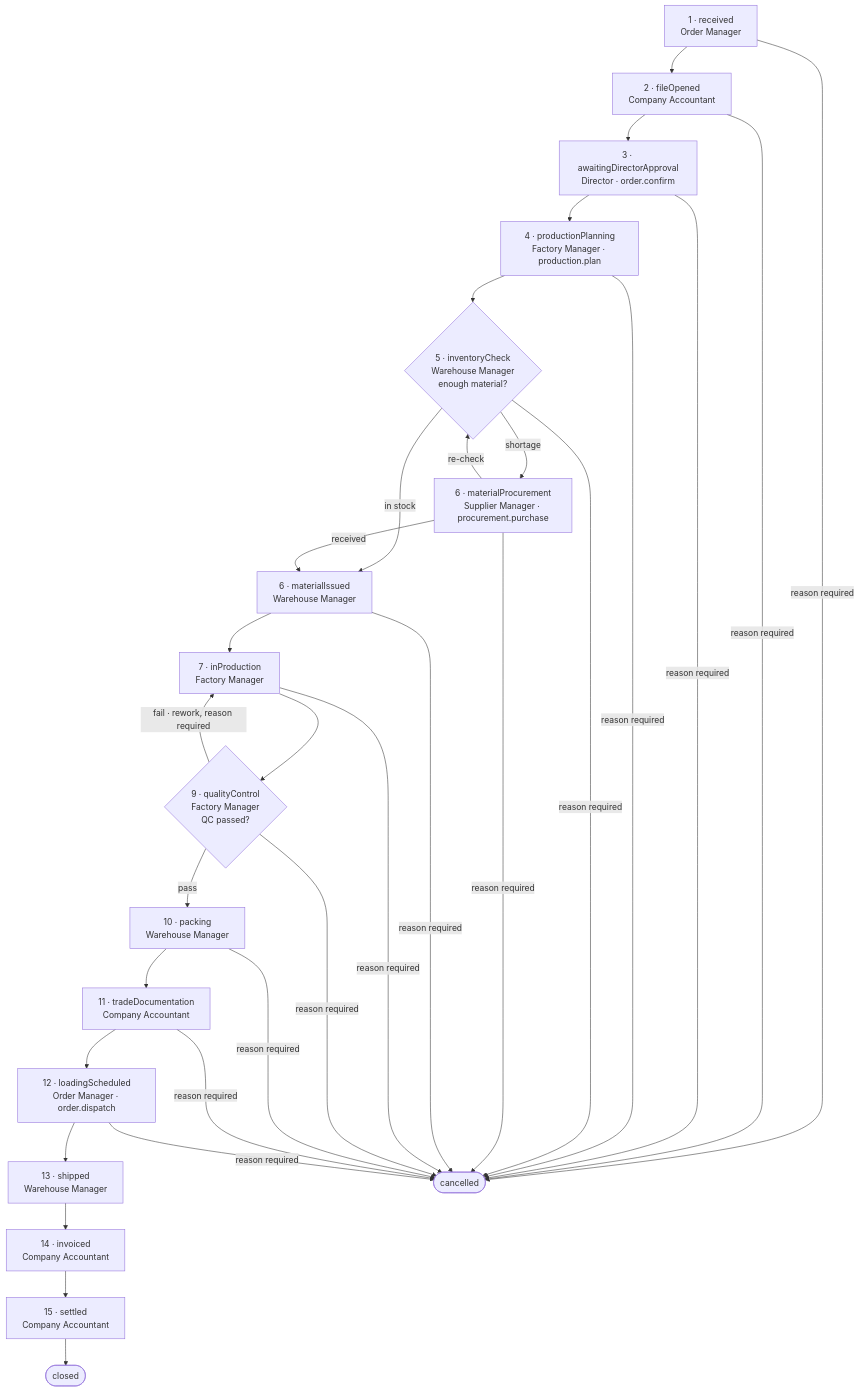
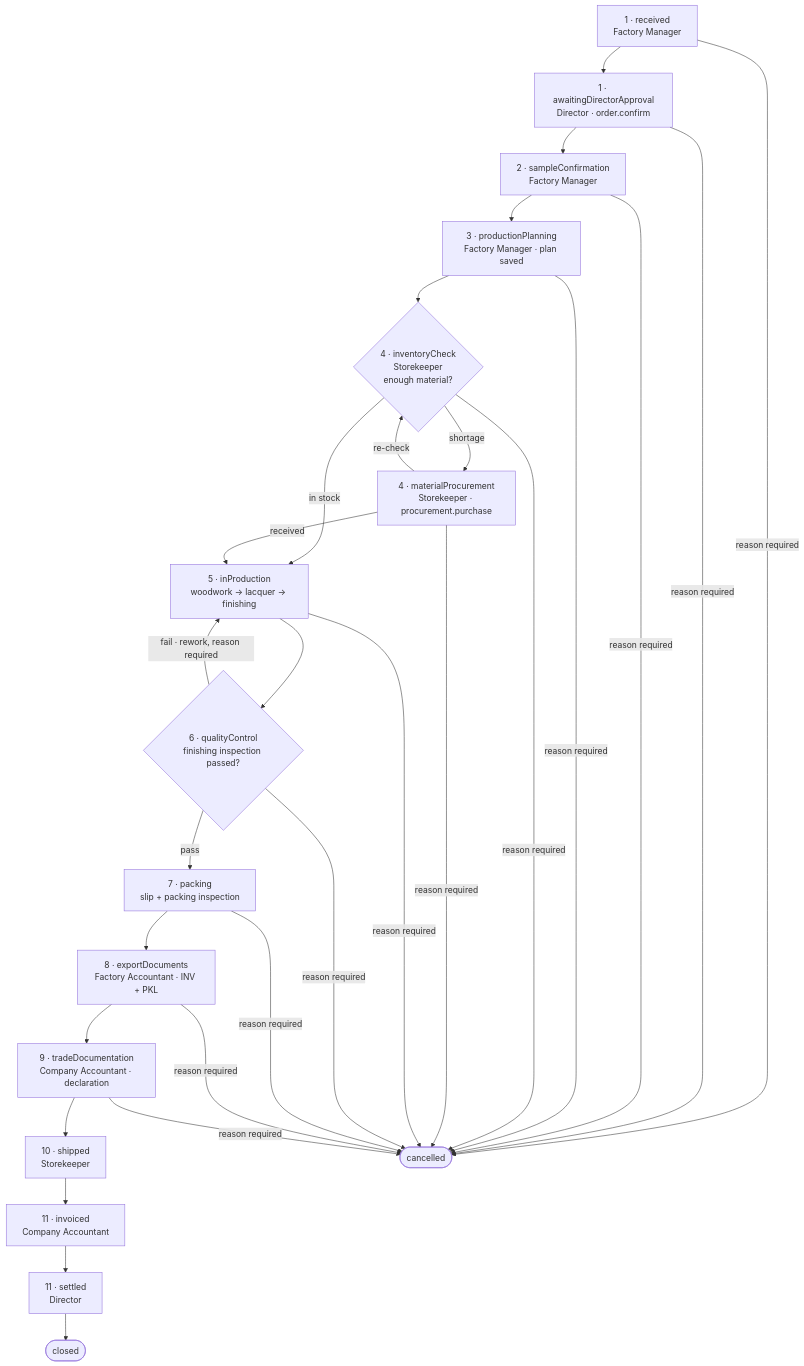
The diagram in docs/ORDER_WORKFLOW.md (reddoorvietnam-droid/reddoor-lacquerwares), drawn with Mermaid before and after one commit. The commit also changed other lines of this file and 101 other files, not shown here.

````diff
--- a/docs/ORDER_WORKFLOW.md
+++ b/docs/ORDER_WORKFLOW.md
@@ -31,52 +29,49 @@
 ```mermaid
 flowchart TD
-  received["1 · received<br/>Order Manager"]
-  fileOpened["2 · fileOpened<br/>Company Accountant"]
-  awaitingDirectorApproval["3 · awaitingDirectorApproval<br/>Director · order.confirm"]
-  productionPlanning["4 · productionPlanning<br/>Factory Manager · production.plan"]
-  inventoryCheck{"5 · inventoryCheck<br/>Warehouse Manager<br/>enough material?"}
-  materialProcurement["6 · materialProcurement<br/>Supplier Manager · procurement.purchase"]
-  materialIssued["6 · materialIssued<br/>Warehouse Manager"]
-  inProduction["7 · inProduction<br/>Factory Manager"]
-  qualityControl{"9 · qualityControl<br/>Factory Manager<br/>QC passed?"}
-  packing["10 · packing<br/>Warehouse Manager"]
-  tradeDocumentation["11 · tradeDocumentation<br/>Company Accountant"]
-  loadingScheduled["12 · loadingScheduled<br/>Order Manager · order.dispatch"]
-  shipped["13 · shipped<br/>Warehouse Manager"]
-  invoiced["14 · invoiced<br/>Company Accountant"]
-  settled["15 · settled<br/>Company Accountant"]
+  received["1 · received<br/>Factory Manager"]
+  awaitingDirectorApproval["1 · awaitingDirectorApproval<br/>Director · order.confirm"]
+  sampleConfirmation["2 · sampleConfirmation<br/>Factory Manager"]
+  productionPlanning["3 · productionPlanning<br/>Factory Manager · plan saved"]
+  inventoryCheck{"4 · inventoryCheck<br/>Storekeeper<br/>enough material?"}
+  materialProcurement["4 · materialProcurement<br/>Storekeeper · procurement.purchase"]
+  inProduction["5 · inProduction<br/>woodwork → lacquer → finishing"]
+  qualityControl{"6 · qualityControl<br/>finishing inspection passed?"}
+  packing["7 · packing<br/>slip + packing inspection"]
+  exportDocuments["8 · exportDocuments<br/>Factory Accountant · INV + PKL"]
+  tradeDocumentation["9 · tradeDocumentation<br/>Company Accountant · declaration"]
+  shipped["10 · shipped<br/>Storekeeper"]
+  invoiced["11 · invoiced<br/>Company Accountant"]
+  settled["11 · settled<br/>Director"]
   closed(["closed"])
   cancelled(["cancelled"])
 
-  received --> fileOpened
-  fileOpened --> awaitingDirectorApproval
-  awaitingDirectorApproval --> productionPlanning
+  received --> awaitingDirectorApproval
+  awaitingDirectorApproval --> sampleConfirmation
+  sampleConfirmation --> productionPlanning
   productionPlanning --> inventoryCheck
   inventoryCheck -- "shortage" --> materialProcurement
-  inventoryCheck -- "in stock" --> materialIssued
+  inventoryCheck -- "in stock" --> inProduction
   materialProcurement -- "re-check" --> inventoryCheck
-  materialProcurement -- "received" --> materialIssued
-  materialIssued --> inProduction
+  materialProcurement -- "received" --> inProduction
   inProduction --> qualityControl
   qualityControl -- "pass" --> packing
   qualityControl -- "fail · rework, reason required" --> inProduction
-  packing --> tradeDocumentation
-  tradeDocumentation --> loadingScheduled
-  loadingScheduled --> shipped
+  packing --> exportDocuments
+  exportDocuments --> tradeDocumentation
+  tradeDocumentation --> shipped
   shipped --> invoiced
   invoiced --> settled
   settled --> closed
 
   received -- "reason required" --> cancelled
-  fileOpened -- "reason required" --> cancelled
   awaitingDirectorApproval -- "reason required" --> cancelled
+  sampleConfirmation -- "reason required" --> cancelled
   productionPlanning -- "reason required" --> cancelled
   inventoryCheck -- "reason required" --> cancelled
   materialProcurement -- "reason required" --> cancelled
-  materialIssued -- "reason required" --> cancelled
   inProduction -- "reason required" --> cancelled
   qualityControl -- "reason required" --> cancelled
   packing -- "reason required" --> cancelled
+  exportDocuments -- "reason required" --> cancelled
   tradeDocumentation -- "reason required" --> cancelled
-  loadingScheduled -- "reason required" --> cancelled
 ```
````
